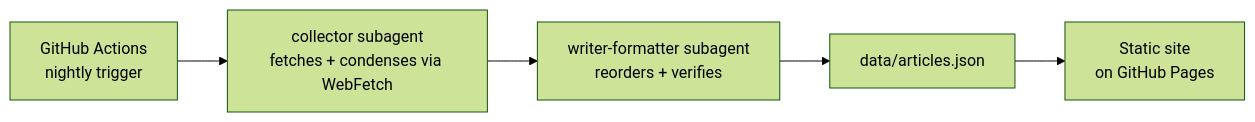
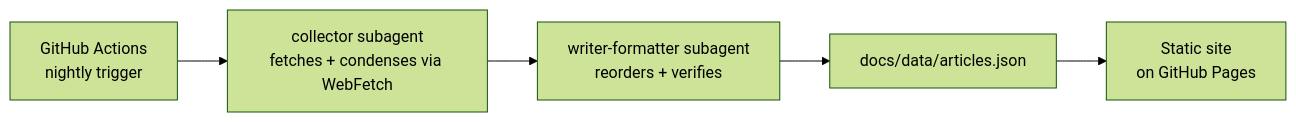
Before and after one commit to felipecastro-data/claude-multi-agent-blog-digest: the diagram in README.md, drawn with Mermaid (forest theme). The commit also changed other lines of this file, not shown here.

````diff
--- a/README.md
+++ b/README.md
@@ -7,7 +7,7 @@
 ```mermaid
 flowchart LR
     A[GitHub Actions<br/>nightly trigger] --> B[collector subagent<br/>fetches + condenses via WebFetch]
     B --> C[writer-formatter subagent<br/>reorders + verifies]
-    C --> D[data/articles.json]
+    C --> D[docs/data/articles.json]
     D --> E[Static site<br/>on GitHub Pages]
 ```
````
